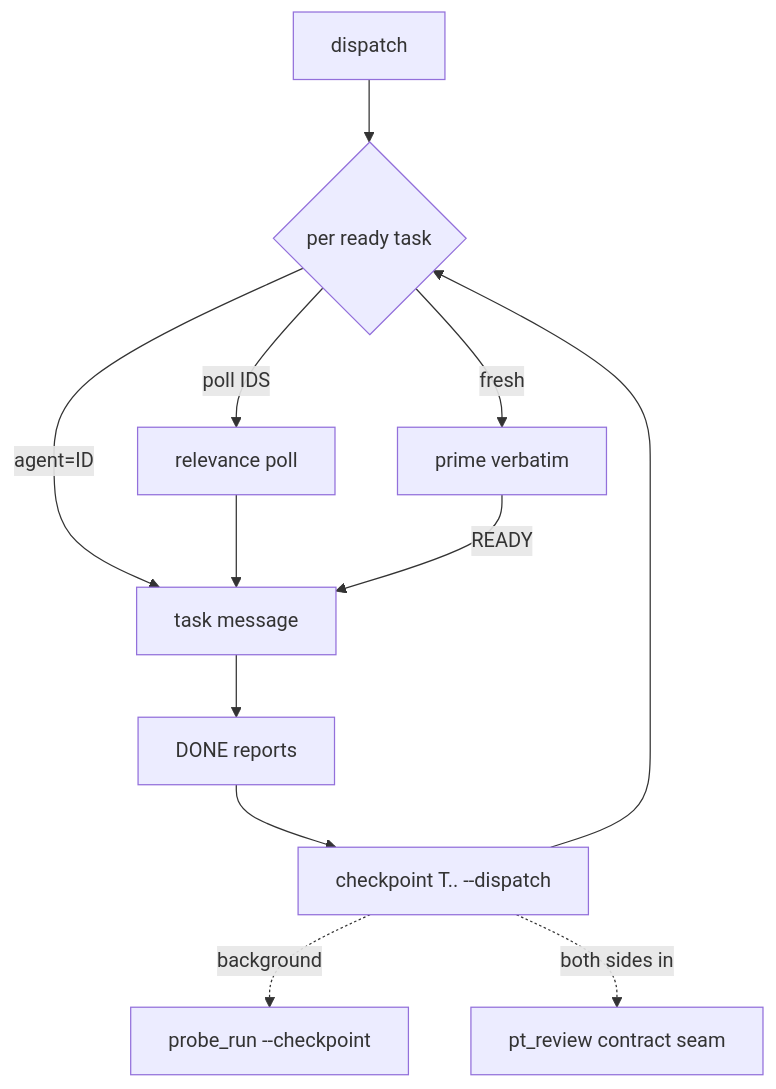
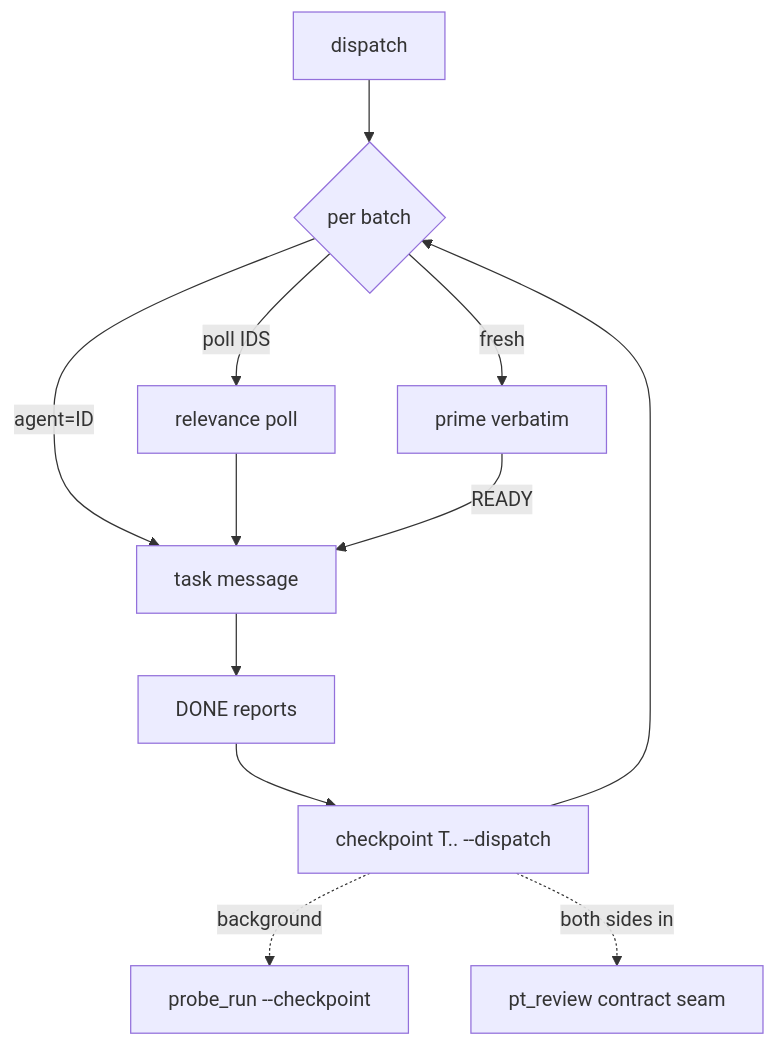
The first of 3 diagrams in skills/subagent-driven-development/SKILL.md (iha2/superlite), drawn with Mermaid before and after one commit. The commit also changed other lines of this file and 41 other files, not shown here.

First line of the commit message:
Release 1.6.0: batch tasks per agent, mode flow diagrams

````diff
--- a/skills/subagent-driven-development/SKILL.md
+++ b/skills/subagent-driven-development/SKILL.md
@@ -35,10 +35,10 @@
 ```mermaid
 flowchart TB
-  N[dispatch] --> A{per ready task}
+  N[dispatch] --> A{per batch}
   A -- agent=ID --> M[task message]
   A -- poll IDS --> Q[relevance poll] --> M
   A -- fresh --> P[prime verbatim] -- READY --> M
   M --> D[DONE reports] --> C[checkpoint T.. --dispatch] --> A
   C -. background .-> PR[probe_run --checkpoint]
   C -. both sides in .-> SM[pt_review contract seam]
 ```
````
